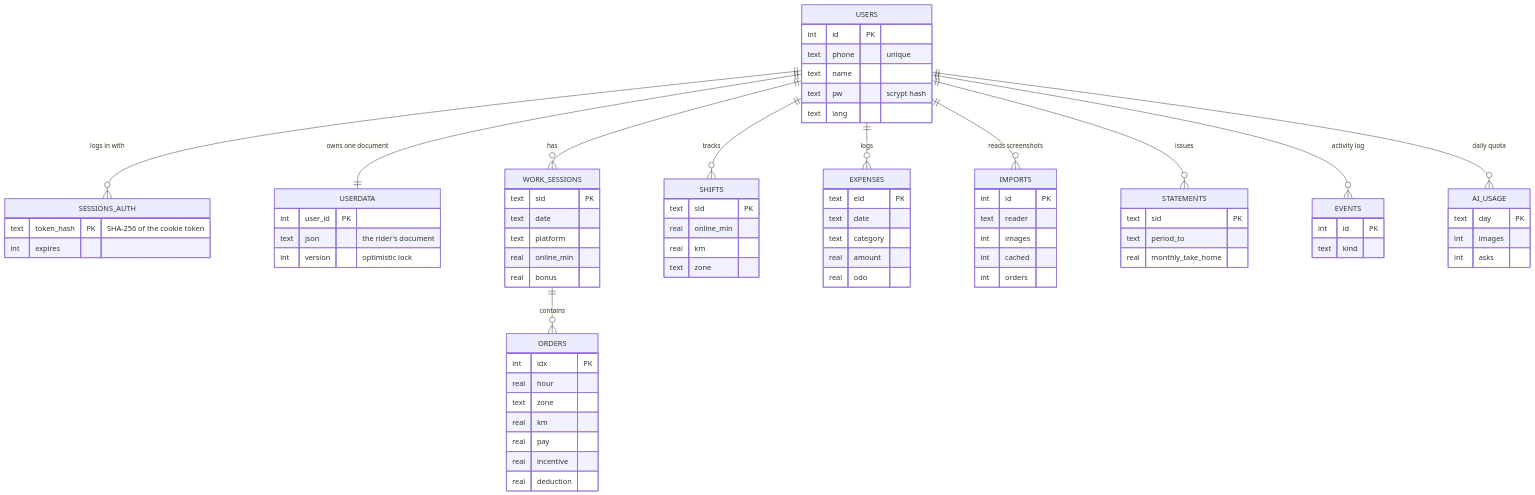
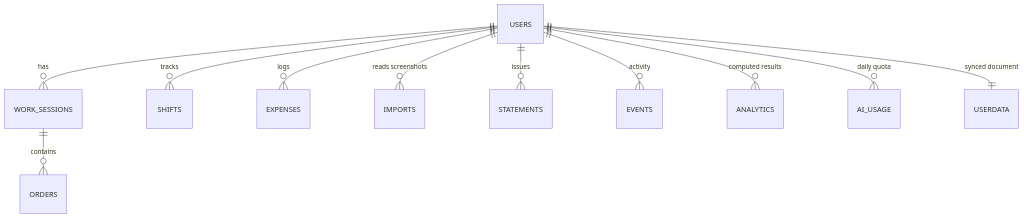
Before and after one commit to Pegasus717/TrueWage: the third of 4 diagrams in README.md, drawn with Mermaid. The commit also changed other lines of this file and 12 other files, not shown here.

Commit message:
README rewrite (concise, diagrams), real app screenshots, demo links for screenshots

````diff
--- a/README.md
+++ b/README.md
@@ -131,80 +88,13 @@
 ```mermaid
 erDiagram
-    USERS ||--o{ SESSIONS_AUTH : "logs in with"
-    USERS ||--|| USERDATA : "owns one document"
     USERS ||--o{ WORK_SESSIONS : has
     WORK_SESSIONS ||--o{ ORDERS : contains
     USERS ||--o{ SHIFTS : tracks
     USERS ||--o{ EXPENSES : logs
     USERS ||--o{ IMPORTS : "reads screenshots"
     USERS ||--o{ STATEMENTS : issues
-    USERS ||--o{ EVENTS : "activity log"
+    USERS ||--o{ EVENTS : "activity"
+    USERS ||--o{ ANALYTICS : "computed results"
     USERS ||--o{ AI_USAGE : "daily quota"
-
-    USERS {
-        int id PK
-        text phone "unique"
-        text name
-        text pw "scrypt hash"
-        text lang
-    }
-    SESSIONS_AUTH {
-        text token_hash PK "SHA-256 of the cookie token"
-        int expires
-    }
-    USERDATA {
-        int user_id PK
-        text json "the rider's document"
-        int version "optimistic lock"
-    }
-    WORK_SESSIONS {
-        text sid PK
-        text date
-        text platform
-        real online_min
-        real bonus
-    }
-    ORDERS {
-        int idx PK
-        real hour
-        text zone
-        real km
-        real pay
-        real incentive
-        real deduction
-    }
-    SHIFTS {
-        text sid PK
-        real online_min
-        real km
-        text zone
-    }
-    EXPENSES {
-        text eid PK
-        text date
-        text category
-        real amount
-        real odo
-    }
-    IMPORTS {
-        int id PK
-        text reader
-        int images
-        int cached
-        int orders
-    }
-    STATEMENTS {
-        text sid PK
-        text period_to
-        real monthly_take_home
-    }
-    EVENTS {
-        int id PK
-        text kind
-    }
-    AI_USAGE {
-        text day PK
-        int images
-        int asks
-    }
+    USERS ||--|| USERDATA : "synced document"
 ```
````
